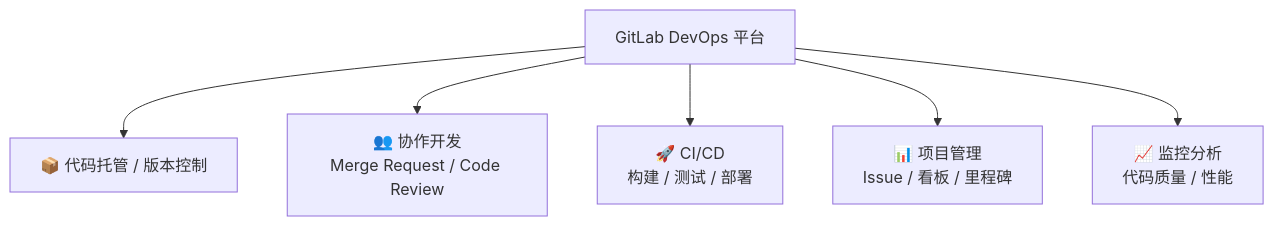
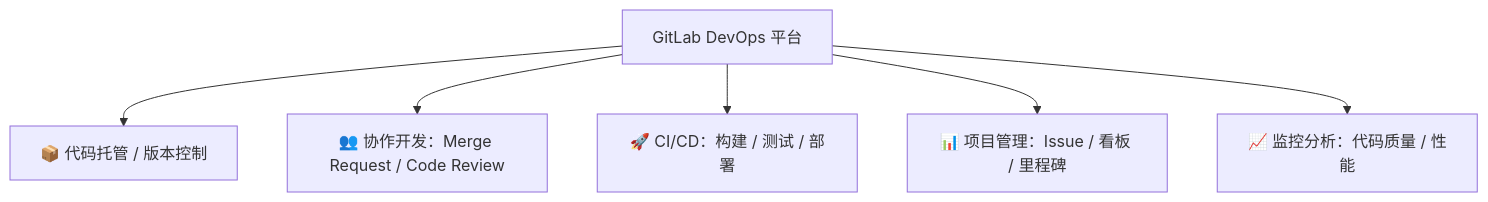
One commit to zerioo1970/summary changed the first of 22 diagrams in GitLab-完整使用指南.md. Above: the diagram before and after it, drawn with Mermaid. The commit also changed other lines of this file, not shown here.

Commit message:
docs: 提升 Mermaid 兼容性（flowchart→graph, <br/>→单行），适配旧版渲染器

````diff
--- a/GitLab-完整使用指南.md
+++ b/GitLab-完整使用指南.md
@@ -38,9 +38,9 @@
 ```mermaid
-flowchart TD
+graph TD
     GL["GitLab DevOps 平台"]
     GL --> Repo["📦 代码托管 / 版本控制"]
-    GL --> Collab["👥 协作开发<br/>Merge Request / Code Review"]
-    GL --> CI["🚀 CI/CD<br/>构建 / 测试 / 部署"]
-    GL --> PM["📊 项目管理<br/>Issue / 看板 / 里程碑"]
-    GL --> Mon["📈 监控分析<br/>代码质量 / 性能"]
+    GL --> Collab["👥 协作开发：Merge Request / Code Review"]
+    GL --> CI["🚀 CI/CD：构建 / 测试 / 部署"]
+    GL --> PM["📊 项目管理：Issue / 看板 / 里程碑"]
+    GL --> Mon["📈 监控分析：代码质量 / 性能"]
 ```
````
